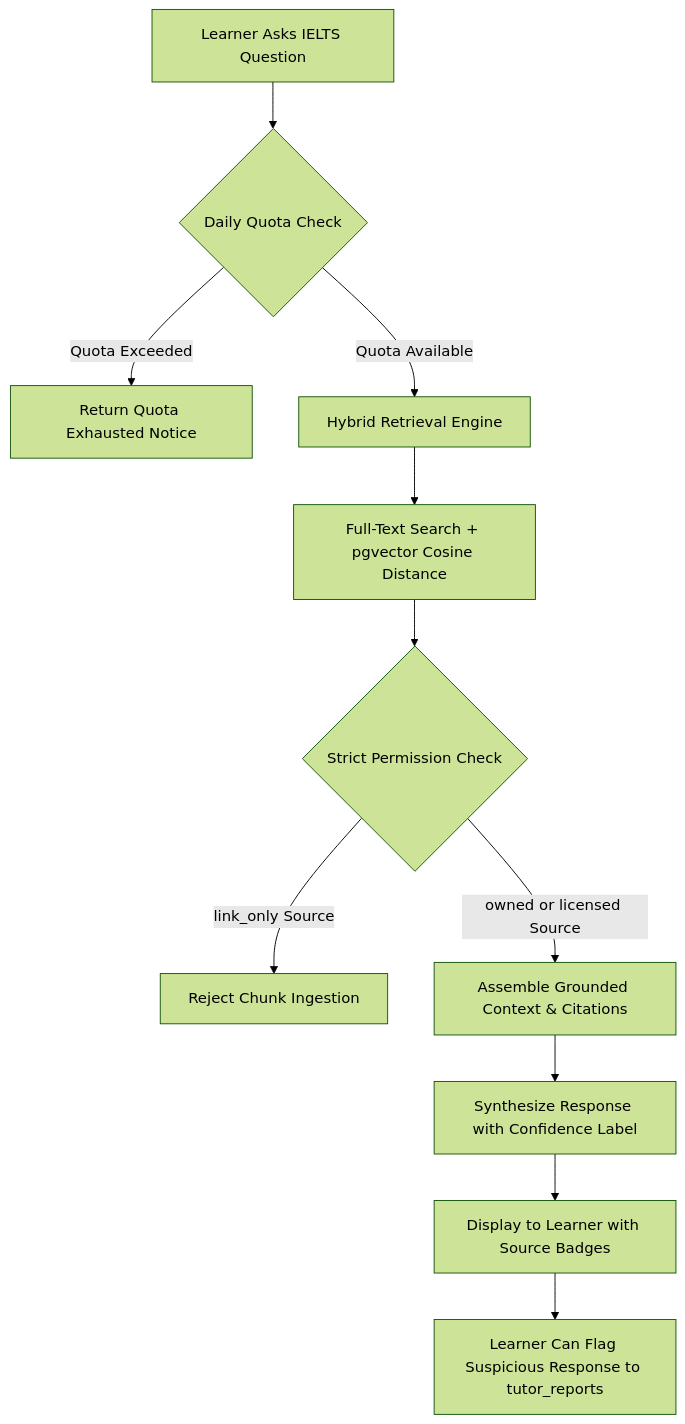
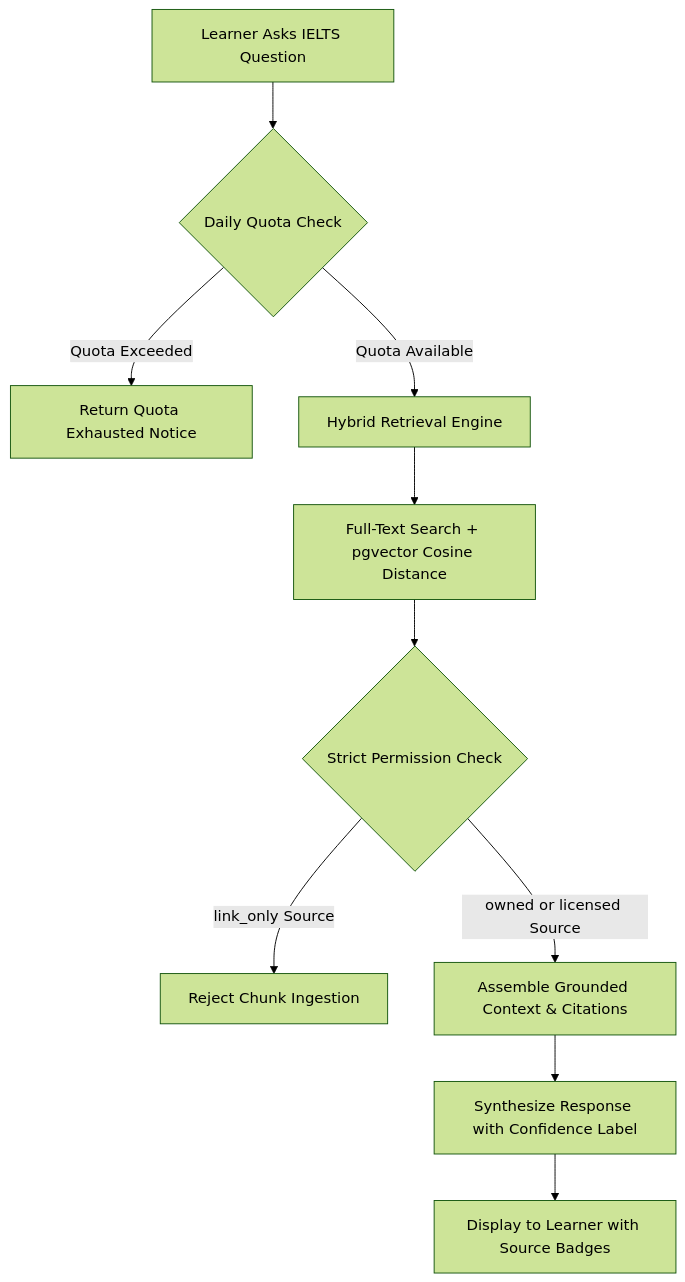
One commit to hasinjubaier/BandBloom changed the second of 2 diagrams in README.md. Above: the diagram before and after it, drawn with Mermaid (forest theme). The commit also changed other lines of this file, not shown here.

Commit message:
docs: update README for current project architecture

````diff
--- a/README.md
+++ b/README.md
@@ -550,13 +647,12 @@
 ```mermaid
 flowchart TD
     A[Learner Asks IELTS Question] --> B{Daily Quota Check}
     B -- Quota Exceeded --> C[Return Quota Exhausted Notice]
     B -- Quota Available --> D[Hybrid Retrieval Engine]
     D --> E[Full-Text Search + pgvector Cosine Distance]
     E --> F{Strict Permission Check}
     F -- link_only Source --> G[Reject Chunk Ingestion]
     F -- owned or licensed Source --> H[Assemble Grounded Context & Citations]
     H --> I[Synthesize Response with Confidence Label]
     I --> J[Display to Learner with Source Badges]
-    J --> K[Learner Can Flag Suspicious Response to tutor_reports]
 ```
````
